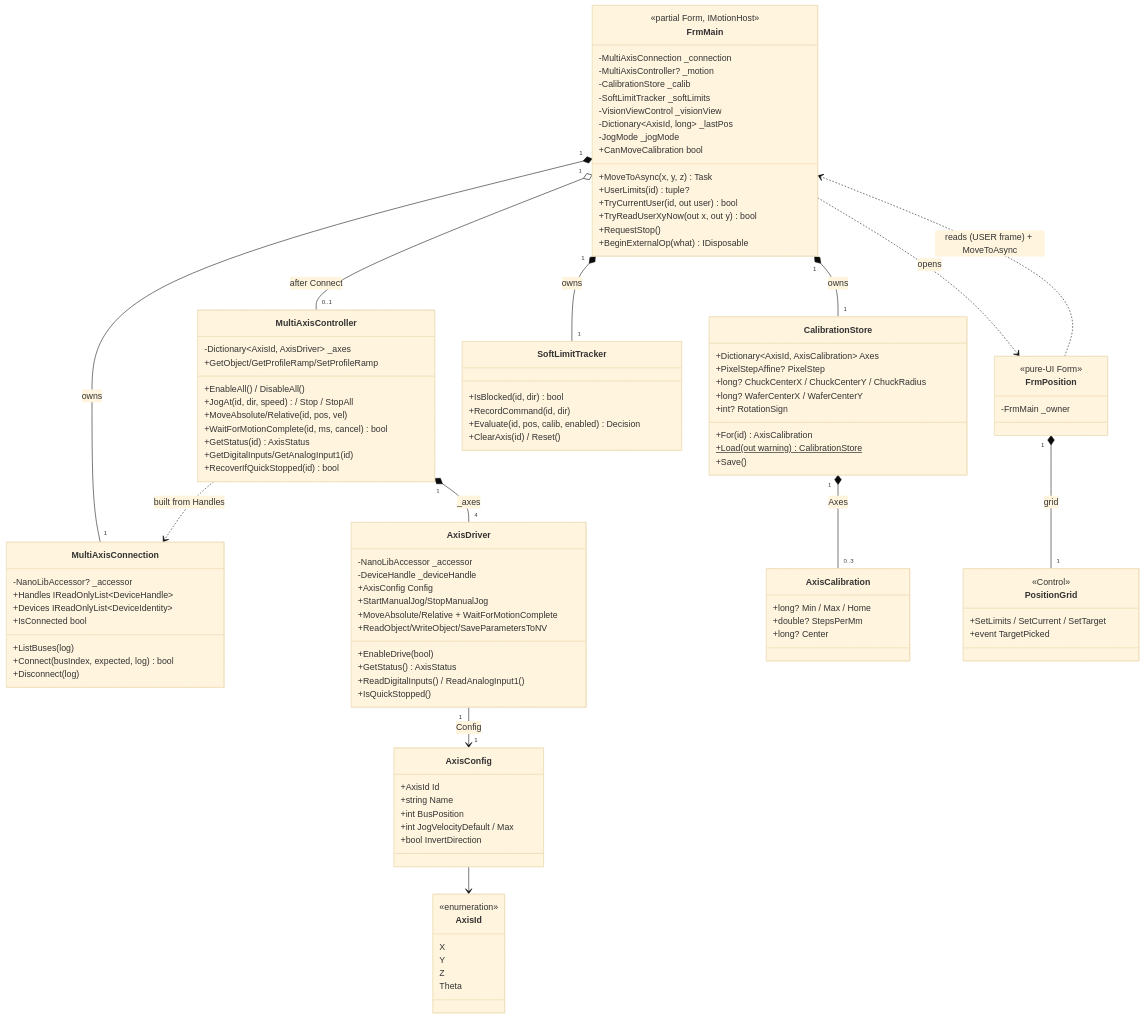
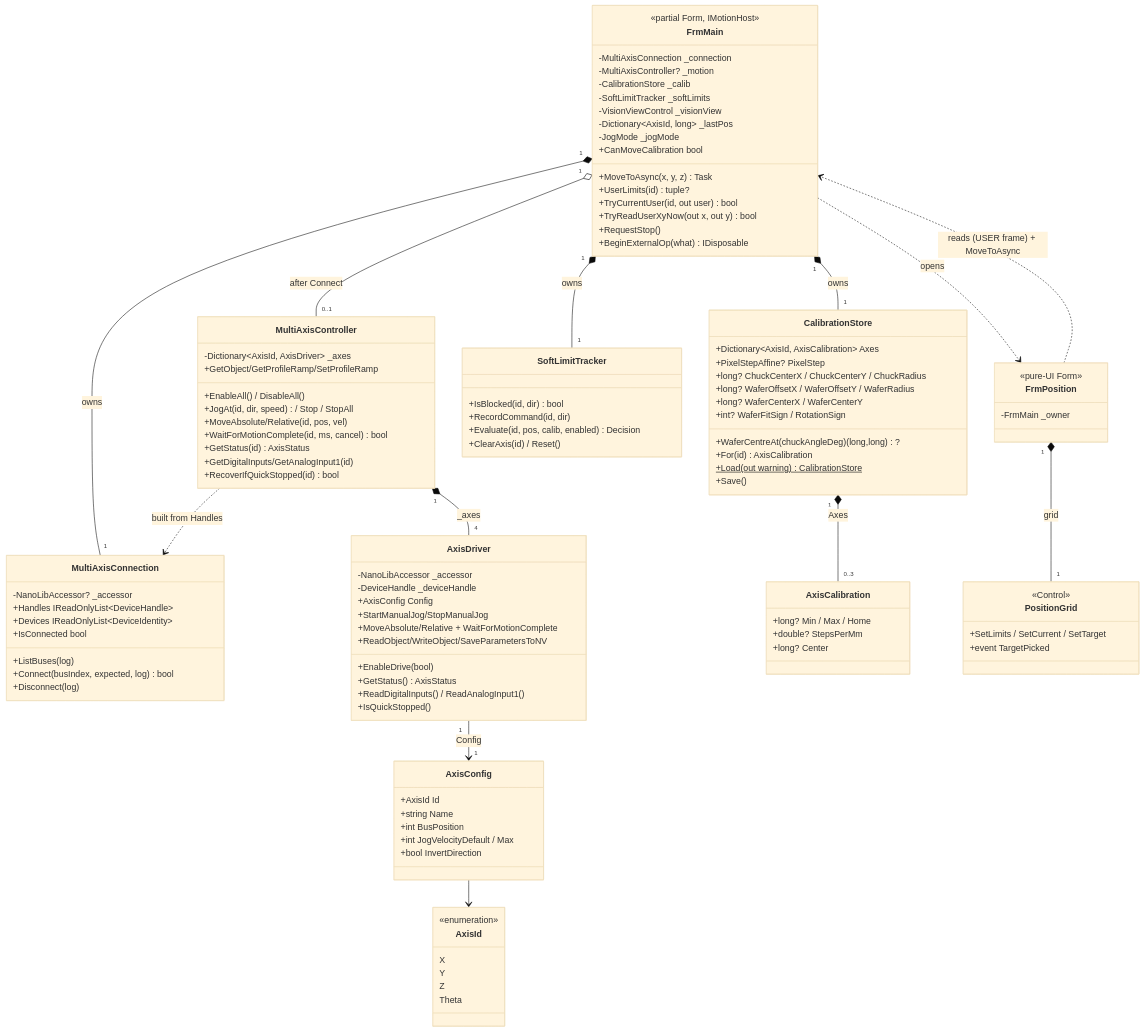
One commit to alexanderYaw/nanotec-controller changed the second of 6 diagrams in docs/developer-guide/index.md. Above: the diagram before and after it, drawn with Mermaid (base theme). The commit also changed other lines of this file and 22 other files, not shown here.

```diff
--- a/docs/developer-guide/index.md
+++ b/docs/developer-guide/index.md
@@ -125,8 +125,10 @@
         +Dictionary~AxisId, AxisCalibration~ Axes
         +PixelStepAffine? PixelStep
         +long? ChuckCenterX / ChuckCenterY / ChuckRadius
+        +long? WaferOffsetX / WaferOffsetY / WaferRadius
         +long? WaferCenterX / WaferCenterY
-        +int? RotationSign
+        +int? WaferFitSign / RotationSign
+        +WaferCentreAt(chuckAngleDeg) (long,long)?
         +For(id) AxisCalibration
         +Load(out warning) CalibrationStore$
         +Save()
```
